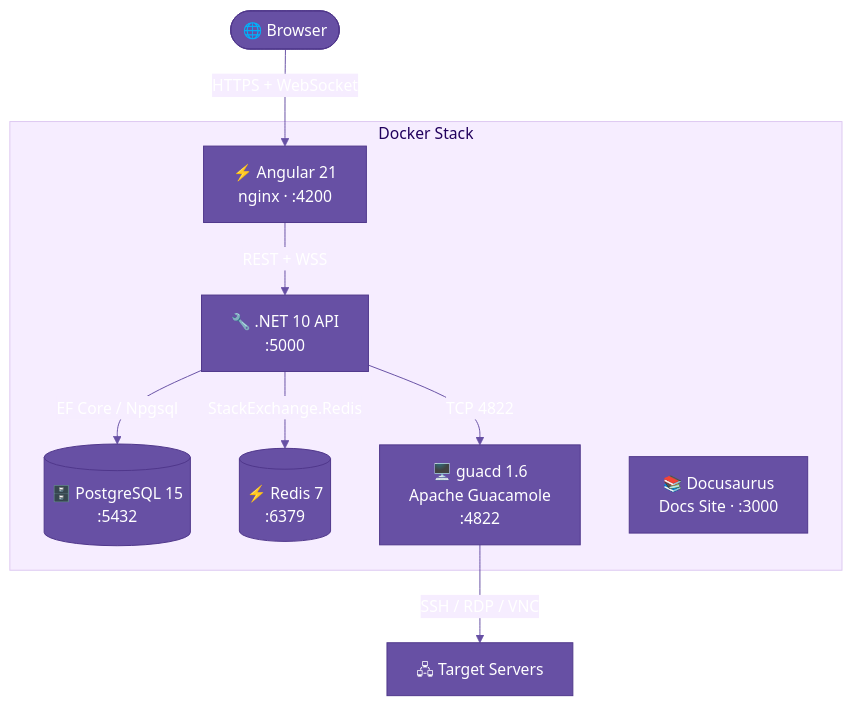
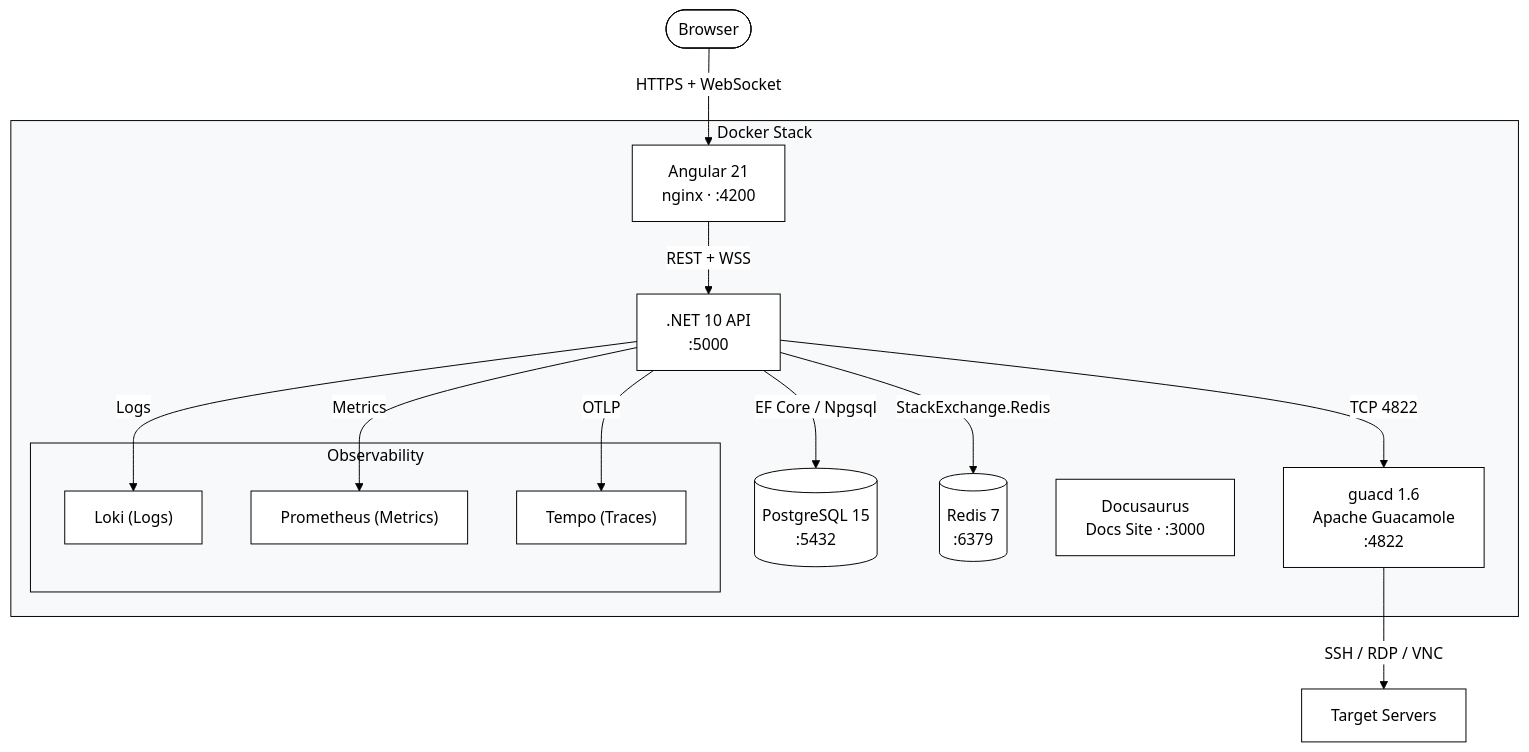
The first of 3 diagrams in README.md (alessandrocaetanob/smooth-operator), drawn with Mermaid before and after one commit. The commit also changed other lines of this file and 7 other files, not shown here.

First line of the commit message:
docs: improve Mermaid diagram contrast and add project configurations (#94)

````diff
--- a/README.md
+++ b/README.md
@@ -13,20 +13,43 @@
 ```mermaid
-%%{init: {'theme': 'base', 'themeVariables': {'primaryColor': '#6750A4', 'primaryTextColor': '#FFFFFF', 'primaryBorderColor': '#4F378B', 'lineColor': '#6750A4', 'secondaryColor': '#EAD7FF', 'tertiaryColor': '#F6EDFF', 'background': '#FFFBFE', 'nodeBorder': '#4F378B', 'clusterBkg': '#F6EDFF', 'titleColor': '#21005D', 'edgeLabelBackground': '#F6EDFF'}}}%%
+%%{init: {
+  'theme': 'base',
+  'themeVariables': {
+    'primaryColor': '#ffffff',
+    'primaryBorderColor': '#000000',
+    'primaryTextColor': '#000000',
+    'lineColor': '#000000',
+    'fontSize': '16px',
+    'fontFamily': 'Inter, system-ui, sans-serif',
+    'mainBkg': '#ffffff',
+    'edgeLabelBackground': '#ffffff',
+    'clusterBkg': '#f8f9fa',
+    'clusterBorder': '#000000'
+  }
+}}%%
 graph TD
-    Browser([🌐 Browser]) -->|HTTPS + WebSocket| Frontend
+    Browser([Browser]) -->|HTTPS + WebSocket| Frontend
 
     subgraph Docker Stack
-        Frontend["⚡ Angular 21\nnginx · :4200"]
-        Backend["🔧 .NET 10 API\n:5000"]
-        DB[("🗄️ PostgreSQL 15\n:5432")]
-        Cache[("⚡ Redis 7\n:6379")]
-        Guacd["🖥️ guacd 1.6\nApache Guacamole\n:4822"]
-        Docs["📚 Docusaurus\nDocs Site · :3000"]
+        Frontend["Angular 21\nnginx · :4200"]
+        Backend[".NET 10 API\n:5000"]
+        DB[("PostgreSQL 15\n:5432")]
+        Cache[("Redis 7\n:6379")]
+        Guacd["guacd 1.6\nApache Guacamole\n:4822"]
+        Docs["Docusaurus\nDocs Site · :3000"]
+        
+        subgraph Observability
+            Loki["Loki (Logs)"]
+            Prom["Prometheus (Metrics)"]
+            Tempo["Tempo (Traces)"]
+        end
     end
 
     Frontend -->|REST + WSS| Backend
     Backend -->|EF Core / Npgsql| DB
     Backend -->|StackExchange.Redis| Cache
     Backend -->|TCP 4822| Guacd
-    Guacd -->|SSH / RDP / VNC| Targets[🖧 Target Servers]
+    Backend -->|OTLP| Tempo
+    Backend -->|Metrics| Prom
+    Backend -->|Logs| Loki
+    Guacd -->|SSH / RDP / VNC| Targets[Target Servers]
 ```
````
